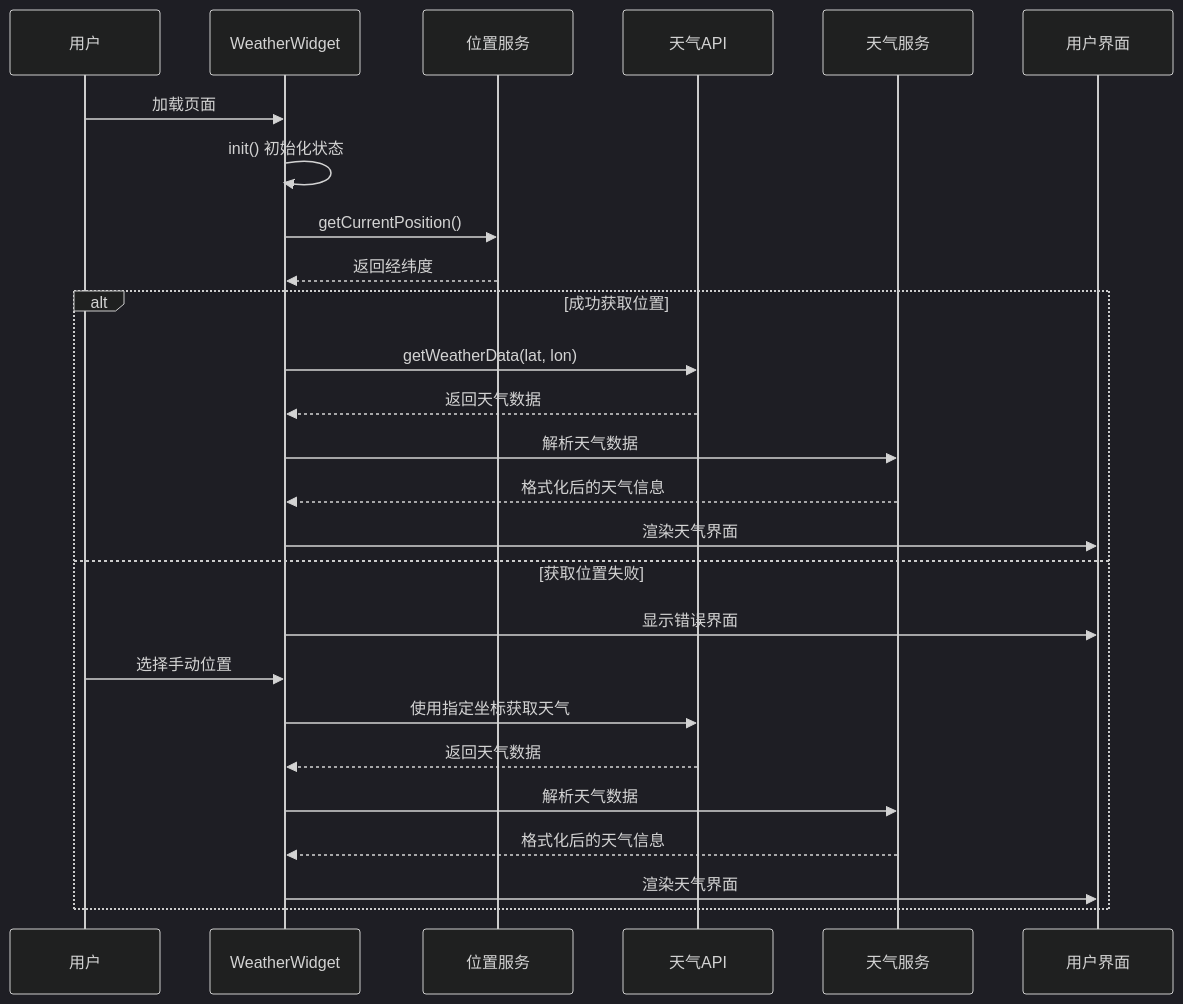
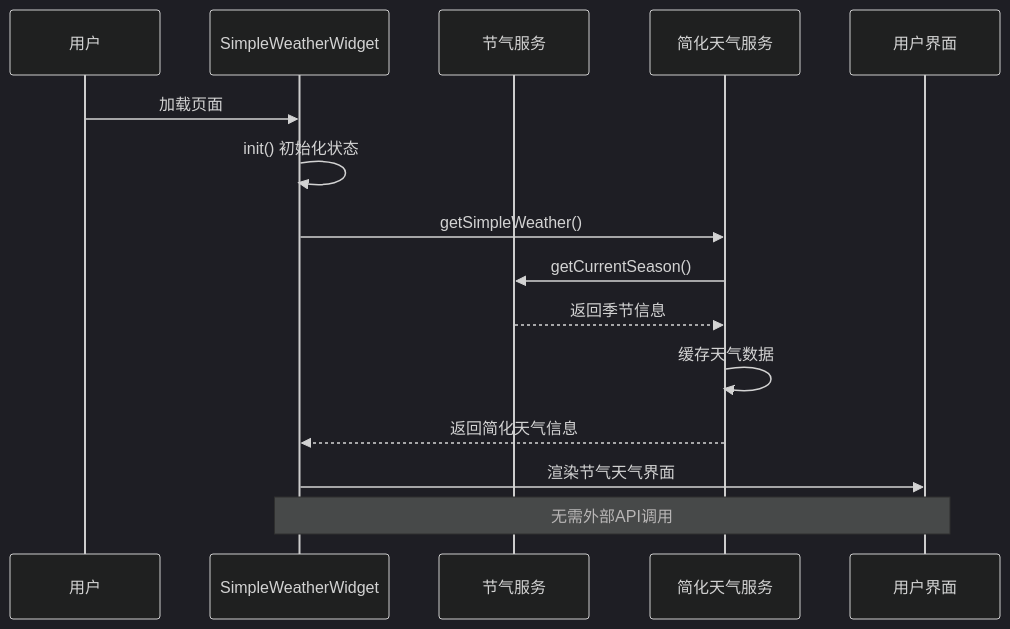
One commit to jeankeim/wuxing-fashion changed the second of 7 diagrams in .qoder/repowiki/zh/content/用户界面组件/天气组件.md. Above: the diagram before and after it, drawn with Mermaid (dark theme). The commit also changed other lines of this file and 27 other files, not shown here.

````diff
--- a/.qoder/repowiki/zh/content/用户界面组件/天气组件.md
+++ b/.qoder/repowiki/zh/content/用户界面组件/天气组件.md
@@ -106,28 +135,17 @@
 ```mermaid
 sequenceDiagram
 participant User as 用户
-participant Widget as WeatherWidget
-participant Position as 位置服务
-participant WeatherAPI as 天气API
-participant Service as 天气服务
+participant Widget as SimpleWeatherWidget
+participant SolarTerms as 节气服务
+participant Service as 简化天气服务
 participant UI as 用户界面
 User->>Widget : 加载页面
 Widget->>Widget : init() 初始化状态
-Widget->>Position : getCurrentPosition()
-Position-->>Widget : 返回经纬度
-alt 成功获取位置
-Widget->>WeatherAPI : getWeatherData(lat, lon)
-WeatherAPI-->>Widget : 返回天气数据
-Widget->>Service : 解析天气数据
-Service-->>Widget : 格式化后的天气信息
-Widget->>UI : 渲染天气界面
-else 获取位置失败
-Widget->>UI : 显示错误界面
-User->>Widget : 选择手动位置
-Widget->>WeatherAPI : 使用指定坐标获取天气
-WeatherAPI-->>Widget : 返回天气数据
-Widget->>Service : 解析天气数据
-Service-->>Widget : 格式化后的天气信息
-Widget->>UI : 渲染天气界面
-end
+Widget->>Service : getSimpleWeather()
+Service->>SolarTerms : getCurrentSeason()
+SolarTerms-->>Service : 返回季节信息
+Service->>Service : 缓存天气数据
+Service-->>Widget : 返回简化天气信息
+Widget->>UI : 渲染节气天气界面
+Note over Widget,UI : 无需外部API调用
 ```
````
